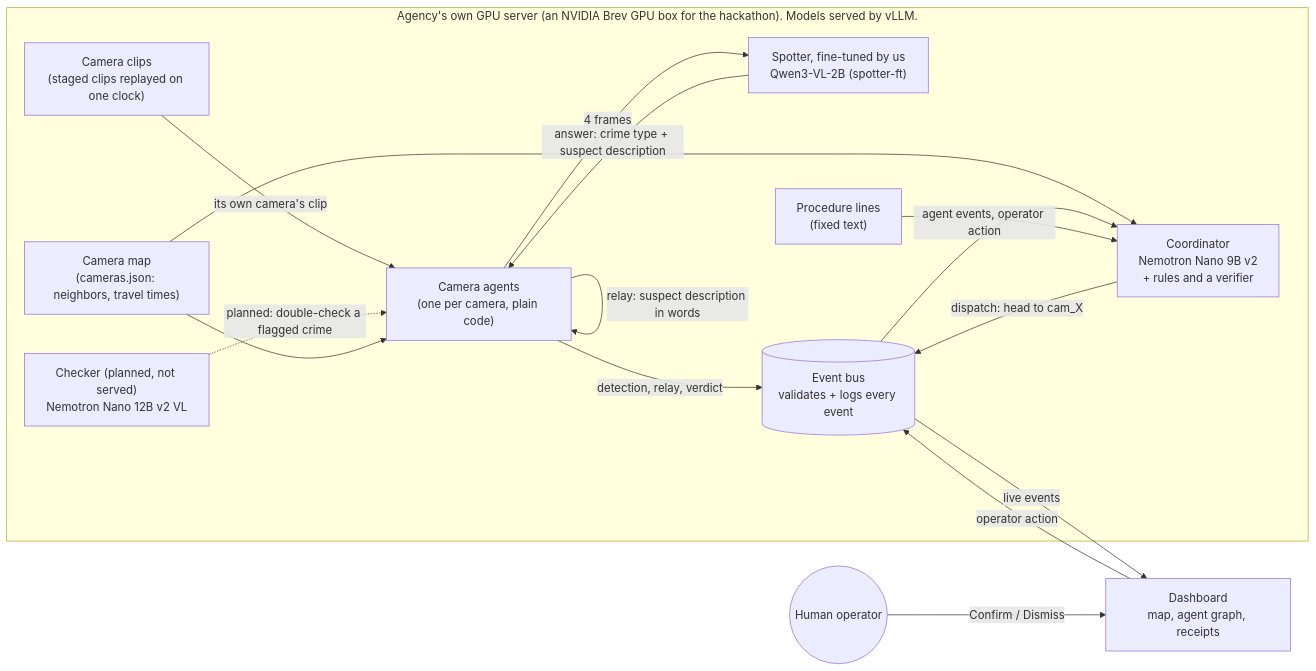
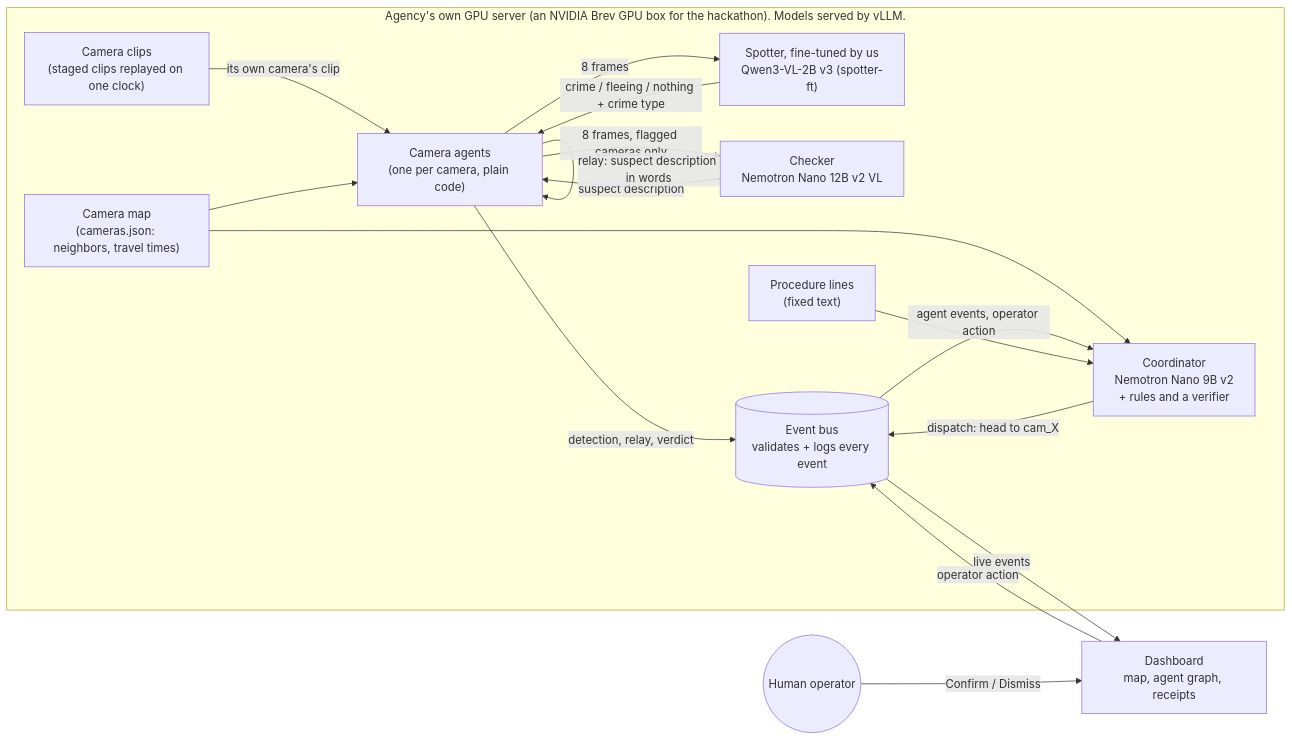
The diagram in README.md (waliviqas/clarity-hackathon-n-r), drawn with Mermaid before and after one commit. The commit also changed other lines of this file, not shown here.

First line of the commit message:
Docs W2f: README for submission on the final system - v3 spotter + Nemotron 12B checker, clip 1 live demo (run pending), 8-frame results, 24.20B

````diff
--- a/README.md
+++ b/README.md
@@ -181,30 +94,31 @@
 ```mermaid
 flowchart LR
   subgraph site["Agency's own GPU server (an NVIDIA Brev GPU box for the hackathon). Models served by vLLM."]
     clips["Camera clips<br/>(staged clips replayed on one clock)"]
     agents["Camera agents<br/>(one per camera, plain code)"]
-    spotter["Spotter, fine-tuned by us<br/>Qwen3-VL-2B (spotter-ft)"]
-    checker["Checker (planned, not served)<br/>Nemotron Nano 12B v2 VL"]
+    spotter["Spotter, fine-tuned by us<br/>Qwen3-VL-2B v3 (spotter-ft)"]
+    checker["Checker<br/>Nemotron Nano 12B v2 VL"]
     cams["Camera map<br/>(cameras.json: neighbors, travel times)"]
     coord["Coordinator<br/>Nemotron Nano 9B v2<br/>+ rules and a verifier"]
     guide["Procedure lines<br/>(fixed text)"]
     bus[("Event bus<br/>validates + logs every event")]
   end
   dash["Dashboard<br/>map, agent graph, receipts"]
   op(("Human operator"))
 
   clips -->|"its own camera's clip"| agents
-  agents -->|"4 frames"| spotter
-  spotter -->|"answer: crime type + suspect description"| agents
-  checker -.->|"planned: double-check a flagged crime"| agents
+  agents -->|"8 frames"| spotter
+  spotter -->|"crime / fleeing / nothing + crime type"| agents
+  agents -->|"8 frames, flagged cameras only"| checker
+  checker -->|"suspect description"| agents
   cams --> agents
   cams --> coord
   agents -->|"relay: suspect description in words"| agents
   agents -->|"detection, relay, verdict"| bus
   bus -->|"agent events, operator action"| coord
   guide --> coord
   coord -->|"dispatch: head to cam_X"| bus
   bus -->|live events| dash
   op -->|Confirm / Dismiss| dash
   dash -->|operator action| bus
 ```
````
